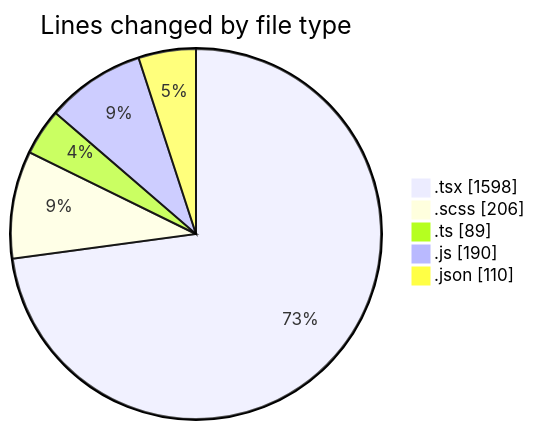
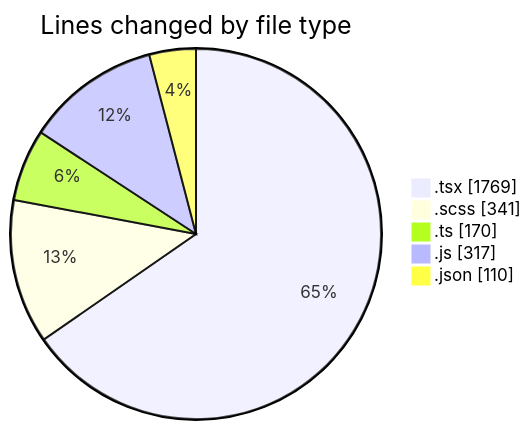
One commit to momahboobian/code-tracking changed the first of 2 diagrams in 2026-04-23/cda/README.md. Above: the diagram before and after it, drawn with Mermaid. The commit also changed other lines of this file and 1 other file, not shown here.

````diff
--- a/2026-04-23/cda/README.md
+++ b/2026-04-23/cda/README.md
@@ -36,9 +36,9 @@
 ```mermaid
 pie showData
 title Lines changed by file type
-".tsx" : 1598
-".scss" : 206
-".ts" : 89
-".js" : 190
+".tsx" : 1769
+".scss" : 341
+".ts" : 170
+".js" : 317
 ".json" : 110
 ```
````
